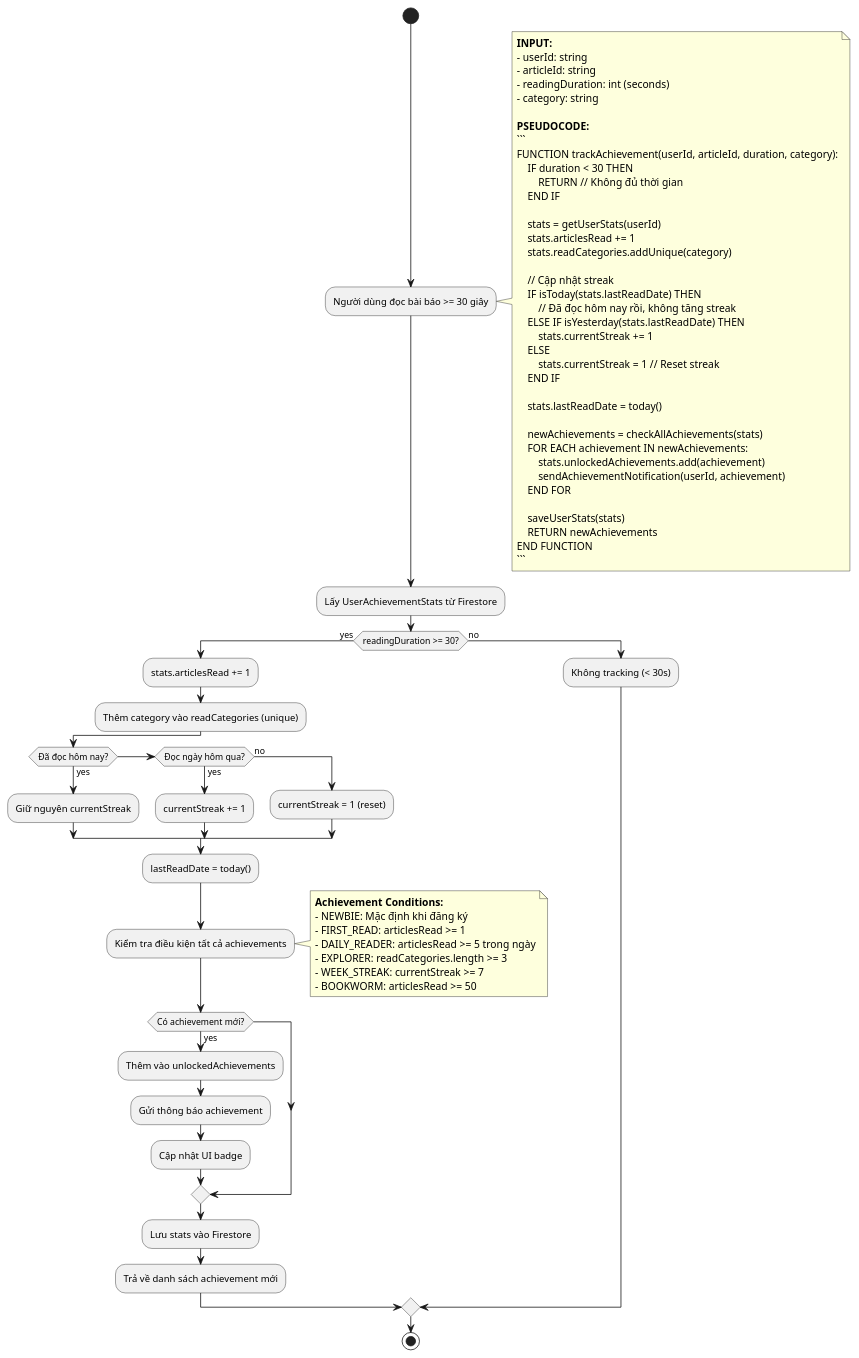
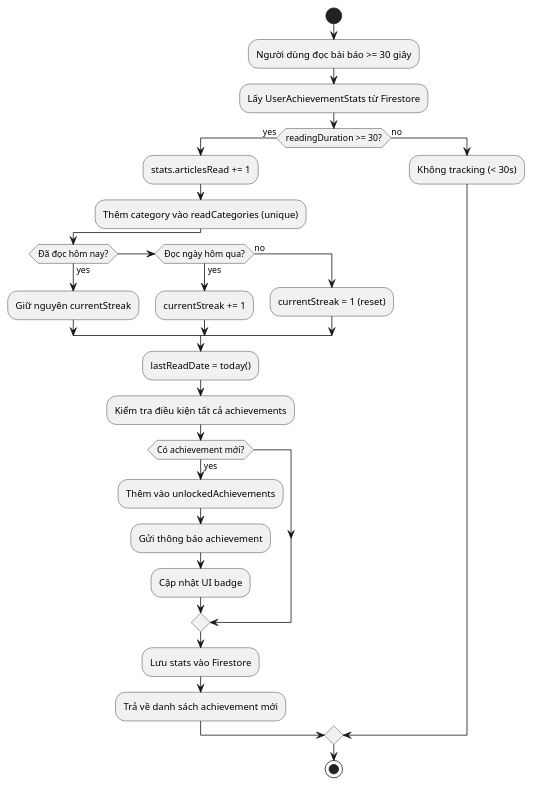
One commit to KhoaSinno/assignment_3_safe_news changed the diagram in Algorithm_diagrams/AchievementTrackingAlgorithm.puml. Above: the diagram before and after it, drawn with PlantUML. The commit also changed other lines of this file and 1 other file, not shown here.

````diff
--- a/Algorithm_diagrams/AchievementTrackingAlgorithm.puml
+++ b/Algorithm_diagrams/AchievementTrackingAlgorithm.puml
@@ -1,89 +1,89 @@
 @startuml AchievementTrackingAlgorithm
 
 start
 
 :Người dùng đọc bài báo >= 30 giây;
-note right
-**INPUT:** 
-- userId: string
-- articleId: string  
-- readingDuration: int (seconds)
-- category: string
+' note right
+' **INPUT:** 
+' - userId: string
+' - articleId: string  
+' - readingDuration: int (seconds)
+' - category: string
 
-**PSEUDOCODE:**
-```
-FUNCTION trackAchievement(userId, articleId, duration, category):
-    IF duration < 30 THEN
-        RETURN // Không đủ thời gian
-    END IF
+' **PSEUDOCODE:**
+' ```
+' FUNCTION trackAchievement(userId, articleId, duration, category):
+'     IF duration < 30 THEN
+'         RETURN // Không đủ thời gian
+'     END IF
     
-    stats = getUserStats(userId)
-    stats.articlesRead += 1
-    stats.readCategories.addUnique(category)
+'     stats = getUserStats(userId)
+'     stats.articlesRead += 1
+'     stats.readCategories.addUnique(category)
     
-    // Cập nhật streak
-    IF isToday(stats.lastReadDate) THEN
-        // Đã đọc hôm nay rồi, không tăng streak
-    ELSE IF isYesterday(stats.lastReadDate) THEN
-        stats.currentStreak += 1
-    ELSE
-        stats.currentStreak = 1 // Reset streak
-    END IF
+'     // Cập nhật streak
+'     IF isToday(stats.lastReadDate) THEN
+'         // Đã đọc hôm nay rồi, không tăng streak
+'     ELSE IF isYesterday(stats.lastReadDate) THEN
+'         stats.currentStreak += 1
+'     ELSE
+'         stats.currentStreak = 1 // Reset streak
+'     END IF
     
-    stats.lastReadDate = today()
+'     stats.lastReadDate = today()
     
-    newAchievements = checkAllAchievements(stats)
-    FOR EACH achievement IN newAchievements:
-        stats.unlockedAchievements.add(achievement)
-        sendAchievementNotification(userId, achievement)
-    END FOR
+'     newAchievements = checkAllAchievements(stats)
+'     FOR EACH achievement IN newAchievements:
+'         stats.unlockedAchievements.add(achievement)
+'         sendAchievementNotification(userId, achievement)
+'     END FOR
     
-    saveUserStats(stats)
-    RETURN newAchievements
-END FUNCTION
-```
-end note
+'     saveUserStats(stats)
+'     RETURN newAchievements
+' END FUNCTION
+' ```
+' end note
 
 :Lấy UserAchievementStats từ Firestore;
 
 if (readingDuration >= 30?) then (yes)
     :stats.articlesRead += 1;
     :Thêm category vào readCategories (unique);
     
     if (Đã đọc hôm nay?) then (yes)
         :Giữ nguyên currentStreak;
     elseif (Đọc ngày hôm qua?) then (yes)
         :currentStreak += 1;
     else (no)
         :currentStreak = 1 (reset);
     endif
     
     :lastReadDate = today();
     
     :Kiểm tra điều kiện tất cả achievements;
-    note right
-    **Achievement Conditions:**
-    - NEWBIE: Mặc định khi đăng ký
-    - FIRST_READ: articlesRead >= 1
-    - DAILY_READER: articlesRead >= 5 trong ngày
-    - EXPLORER: readCategories.length >= 3
-    - WEEK_STREAK: currentStreak >= 7
-    - BOOKWORM: articlesRead >= 50
-    end note
+    ' note right
+    ' **Achievement Conditions:**
+    ' - NEWBIE: Mặc định khi đăng ký
+    ' - FIRST_READ: articlesRead >= 1
+    ' - DAILY_READER: articlesRead >= 5 trong ngày
+    ' - EXPLORER: readCategories.length >= 3
+    ' - WEEK_STREAK: currentStreak >= 7
+    ' - BOOKWORM: articlesRead >= 50
+    ' end note
     
     if (Có achievement mới?) then (yes)
         :Thêm vào unlockedAchievements;
         :Gửi thông báo achievement;
         :Cập nhật UI badge;
     endif
     
     :Lưu stats vào Firestore;
     :Trả về danh sách achievement mới;
     
 else (no)
     :Không tracking (< 30s);
 endif
 
 stop
 
 @enduml
````
